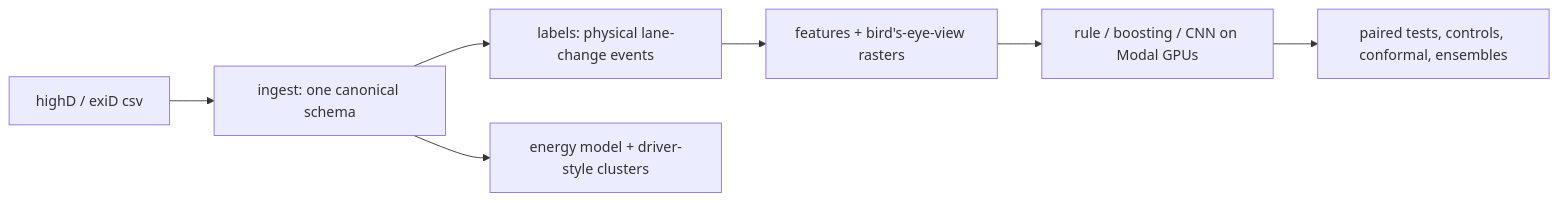
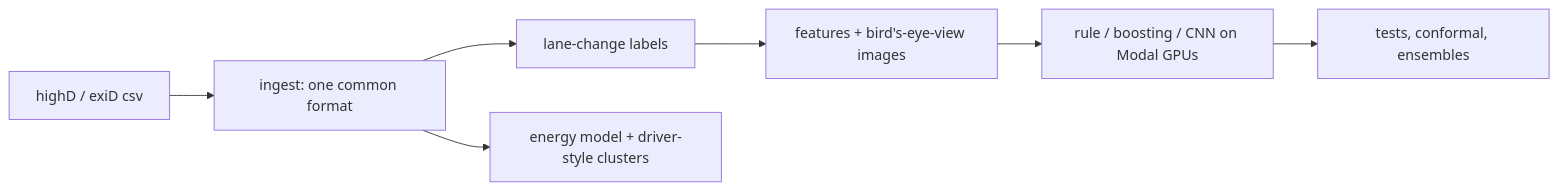
The diagram in README.md (sriyaaa2003/highway-lane-change-prediction), drawn with Mermaid before and after one commit. The commit also changed other lines of this file, not shown here.

````diff
--- a/README.md
+++ b/README.md
@@ -39,9 +31,9 @@
 ```mermaid
 flowchart LR
-  A[highD / exiD csv] --> B[ingest: one canonical schema]
-  B --> C[labels: physical lane-change events]
-  C --> D[features + bird's-eye-view rasters]
+  A[highD / exiD csv] --> B[ingest: one common format]
+  B --> C[lane-change labels]
+  C --> D[features + bird's-eye-view images]
   D --> E[rule / boosting / CNN on Modal GPUs]
-  E --> F[paired tests, controls, conformal, ensembles]
+  E --> F[tests, conformal, ensembles]
   B --> G[energy model + driver-style clusters]
 ```
````
